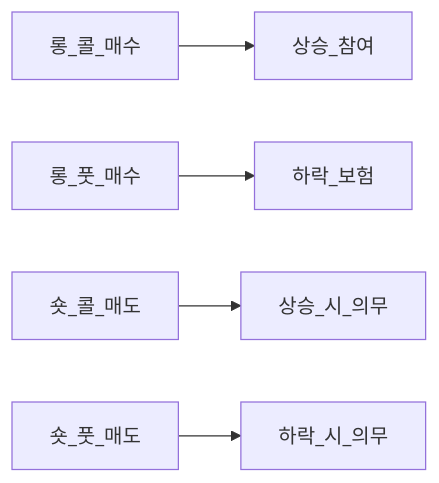
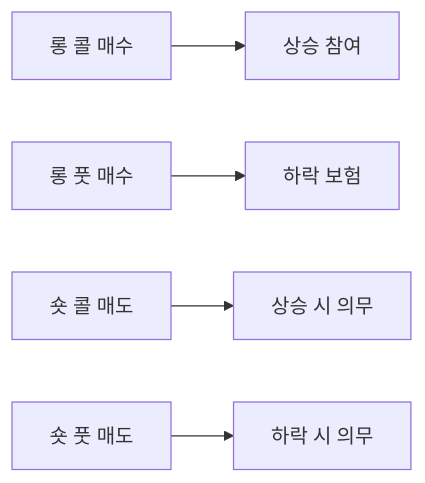
One commit to goldanghenry/Finances changed the diagram in 08-advanced/derivatives-options-intro.md. Above: the diagram before and after it, drawn with Mermaid. The commit also changed other lines of this file and 211 other files, not shown here.

````diff
--- a/08-advanced/derivatives-options-intro.md
+++ b/08-advanced/derivatives-options-intro.md
@@ -114,7 +126,7 @@
 ```mermaid
 flowchart LR
-  BuyCall[롱_콜_매수] --> Right[상승_참여]
-  BuyPut[롱_풋_매수] --> Insure[하락_보험]
-  SellCall[숏_콜_매도] --> Oblig[상승_시_의무]
-  SellPut[숏_풋_매도] --> Oblig2[하락_시_의무]
+  BuyCall["롱 콜 매수"] --> Right["상승 참여"]
+  BuyPut["롱 풋 매수"] --> Insure["하락 보험"]
+  SellCall["숏 콜 매도"] --> Oblig["상승 시 의무"]
+  SellPut["숏 풋 매도"] --> Oblig2["하락 시 의무"]
 ```
````
